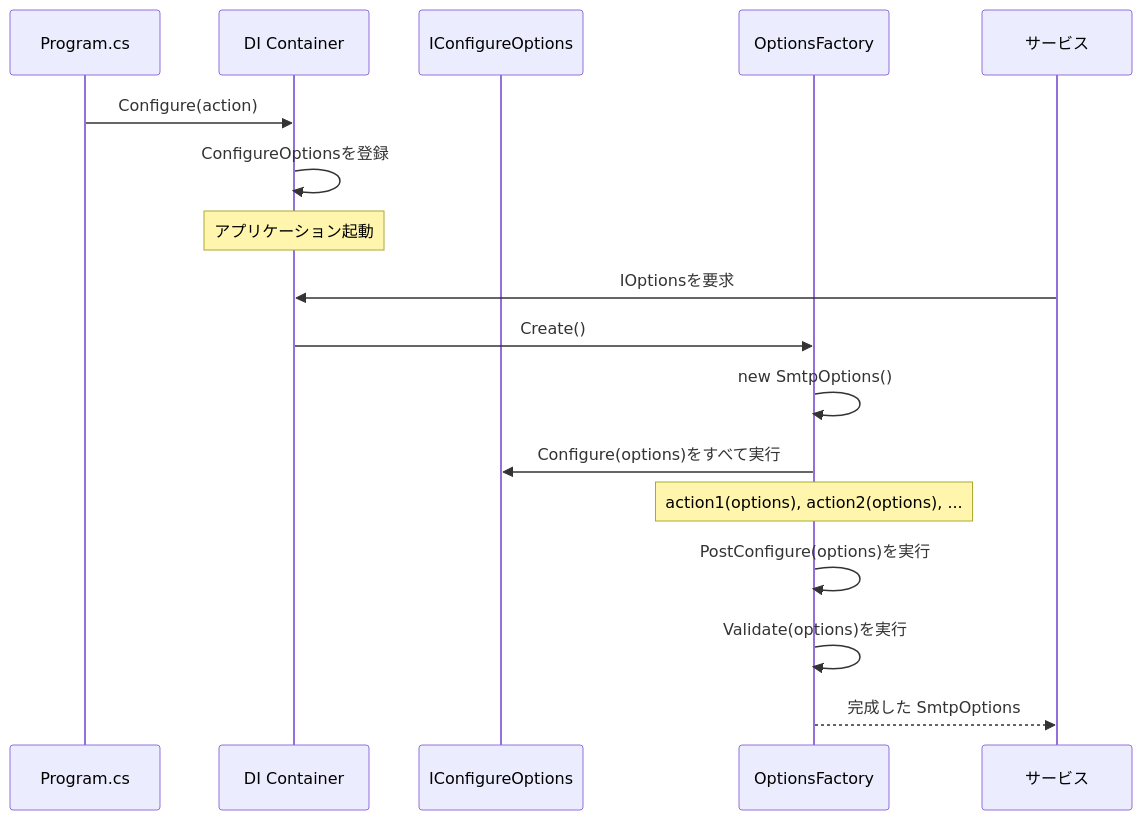
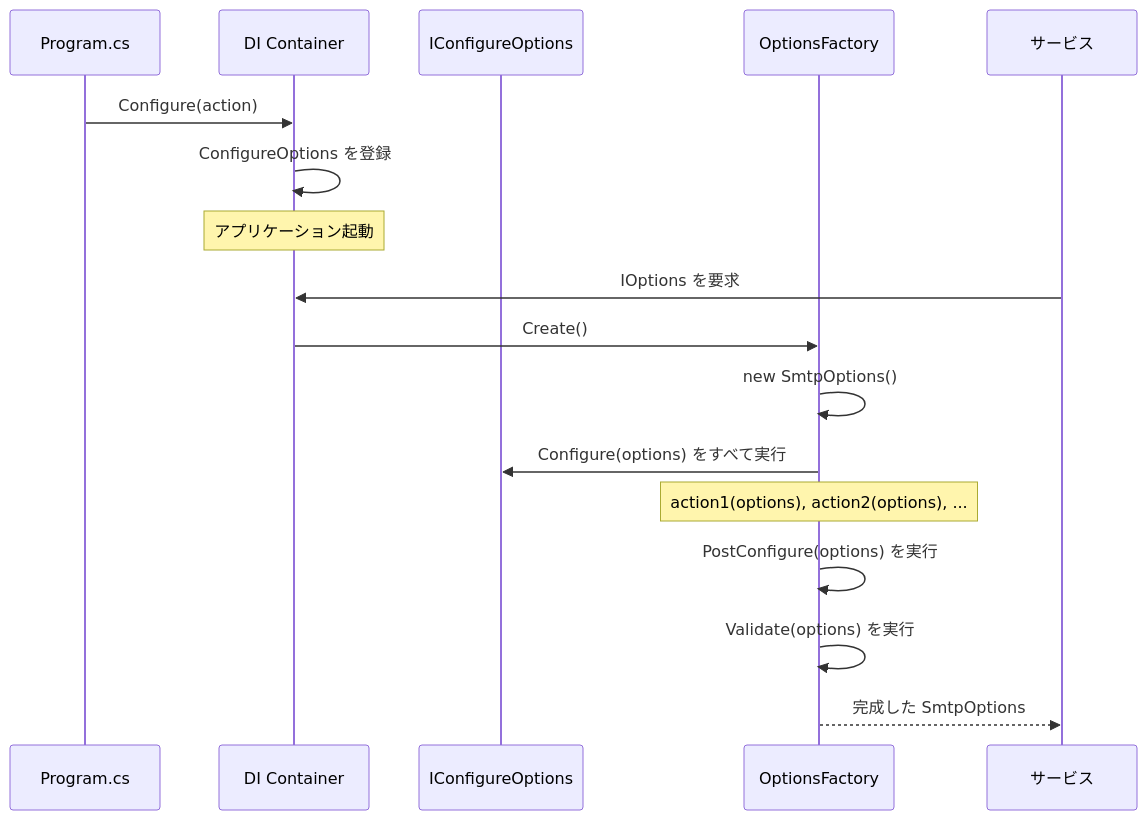
The third of 6 diagrams in content/blog/ja/options-pattern.mdx (yoichiozaki/yoichiozaki.github.io), drawn with Mermaid before and after one commit. The commit also changed other lines of this file and 220 other files, not shown here.

````diff
--- a/content/blog/ja/options-pattern.mdx
+++ b/content/blog/ja/options-pattern.mdx
@@ -340,22 +337,22 @@
 ```mermaid
 sequenceDiagram
     participant App as Program.cs
     participant DI as DI Container
     participant Cfg as IConfigureOptions
     participant Factory as OptionsFactory
     participant Consumer as サービス
 
     App->>DI: Configure(action)
-    DI->>DI: ConfigureOptionsを登録
+    DI->>DI: ConfigureOptions を登録
 
     Note over DI: アプリケーション起動
 
-    Consumer->>DI: IOptionsを要求
+    Consumer->>DI: IOptions を要求
     DI->>Factory: Create()
     Factory->>Factory: new SmtpOptions()
-    Factory->>Cfg: Configure(options)をすべて実行
+    Factory->>Cfg: Configure(options) をすべて実行
     Note over Factory: action1(options), action2(options), ...
-    Factory->>Factory: PostConfigure(options)を実行
-    Factory->>Factory: Validate(options)を実行
+    Factory->>Factory: PostConfigure(options) を実行
+    Factory->>Factory: Validate(options) を実行
     Factory-->>Consumer: 完成した SmtpOptions
 ```
````
